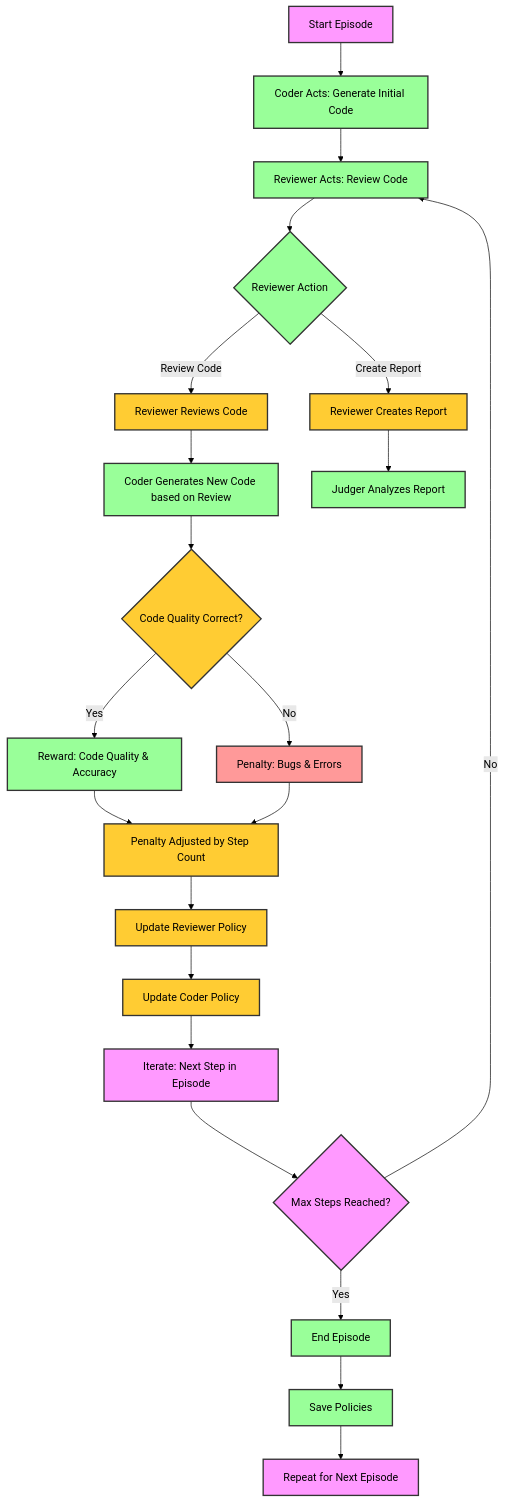
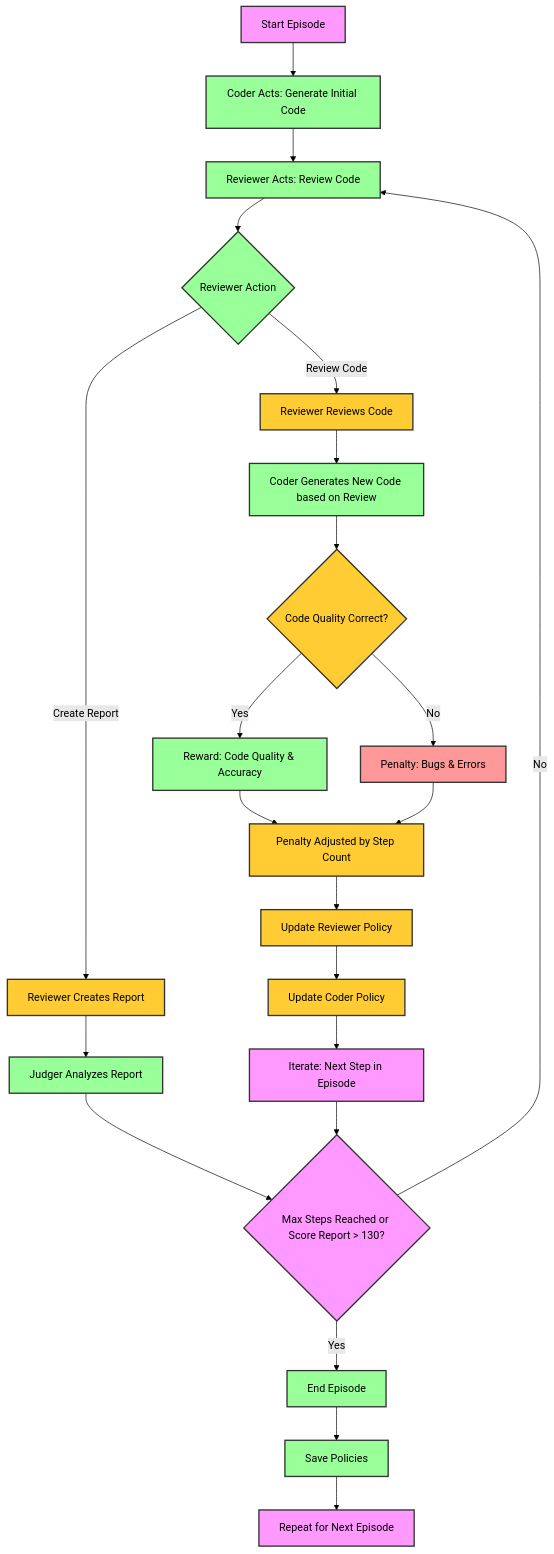
The diagram in README.md (kauanmaf/reinforcementLearning), drawn with Mermaid (forest theme) before and after one commit. The commit also changed 1 other file, not shown here.

Commit message:
adicionando readme

````diff
--- a/README.md
+++ b/README.md
@@ -102,43 +102,44 @@
 ```mermaid
 graph TD
     A[Start Episode] --> B[Coder Acts: Generate Initial Code]
     B --> C[Reviewer Acts: Review Code]
     C --> D{Reviewer Action}
     D -- Review Code --> E[Reviewer Reviews Code]
     D -- Create Report --> F[Reviewer Creates Report]
     E --> G[Coder Generates New Code based on Review]
     F --> H[Judger Analyzes Report]
     G --> I{Code Quality Correct?}
     I -- Yes --> J[Reward: Code Quality & Accuracy]
     I -- No --> K[Penalty: Bugs & Errors]
     J --> L[Reward Adjusted by Step Count]
     K --> L[Penalty Adjusted by Step Count]
     L --> M[Update Reviewer Policy]
     M --> N[Update Coder Policy]
     N --> O[Iterate: Next Step in Episode]
-    O --> P{Max Steps Reached?}
+    H --> P
+    O --> P{Max Steps Reached or Score Report > 130?}
     P -- No --> C
     P -- Yes --> Q[End Episode]
     Q --> R[Save Policies]
     R --> S[Repeat for Next Episode]
     
     style A fill:#f9f,stroke:#333,stroke-width:2px,color:#000;
     style B fill:#9f9,stroke:#333,stroke-width:2px,color:#000;
     style C fill:#9f9,stroke:#333,stroke-width:2px,color:#000;
     style D fill:#9f9,stroke:#333,stroke-width:2px,color:#000;
     style E fill:#fc3,stroke:#333,stroke-width:2px,color:#000;
     style F fill:#fc3,stroke:#333,stroke-width:2px,color:#000;
     style G fill:#9f9,stroke:#333,stroke-width:2px,color:#000;
     style H fill:#9f9,stroke:#333,stroke-width:2px,color:#000;
     style I fill:#fc3,stroke:#333,stroke-width:2px,color:#000;
     style J fill:#9f9,stroke:#333,stroke-width:2px,color:#000;
     style K fill:#f99,stroke:#333,stroke-width:2px,color:#000;
     style L fill:#fc3,stroke:#333,stroke-width:2px,color:#000;
     style M fill:#fc3,stroke:#333,stroke-width:2px,color:#000;
     style N fill:#fc3,stroke:#333,stroke-width:2px,color:#000;
     style O fill:#f9f,stroke:#333,stroke-width:2px,color:#000;
     style P fill:#f9f,stroke:#333,stroke-width:2px,color:#000;
     style Q fill:#9f9,stroke:#333,stroke-width:2px,color:#000;
     style R fill:#9f9,stroke:#333,stroke-width:2px,color:#000;
     style S fill:#f9f,stroke:#333,stroke-width:2px,color:#000;
 ```
````
